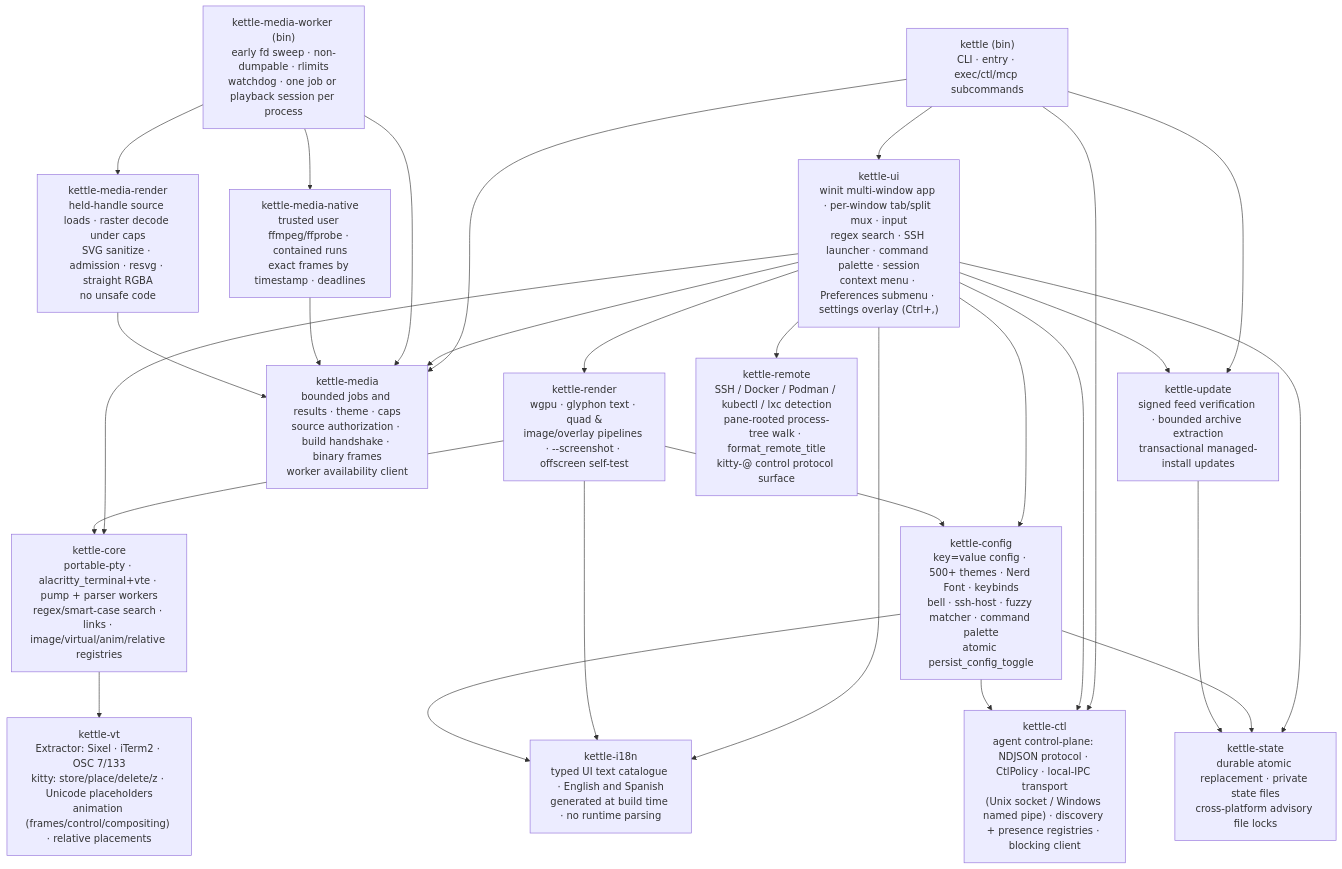
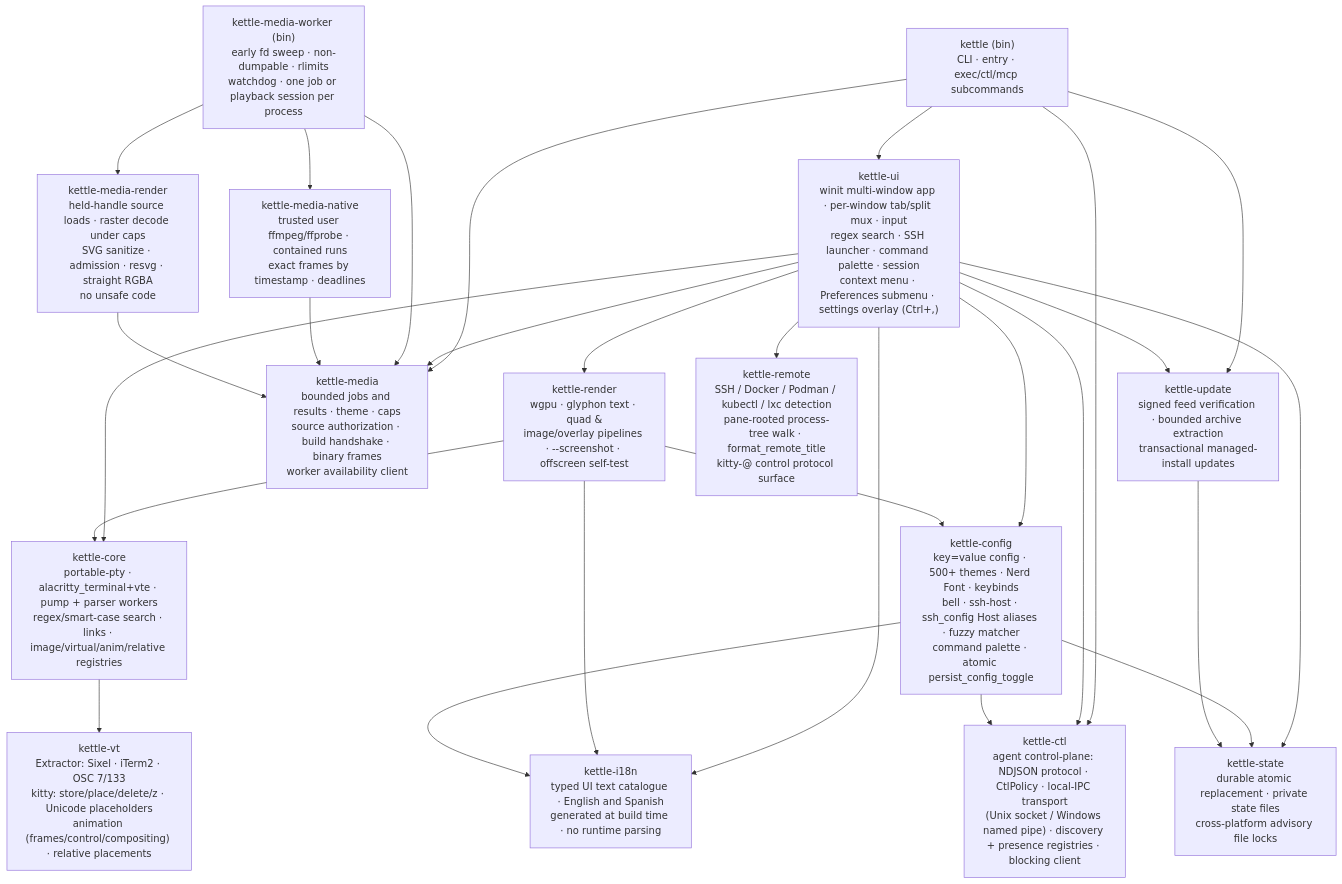
One commit to Reddimus/kettle changed the first of 11 diagrams in docs/ARCHITECTURE.md. Above: the diagram before and after it, drawn with Mermaid. The commit also changed other lines of this file and 4 other files, not shown here.

First line of the commit message:
docs: Describe the ~/.ssh/config import in the SSH launcher

````diff
--- a/docs/ARCHITECTURE.md
+++ b/docs/ARCHITECTURE.md
@@ -10,35 +10,35 @@
 ```mermaid
 graph TD
     bin["kettle (bin)<br/>CLI · entry · exec/ctl/mcp subcommands"] --> ui
     bin --> ctl
     bin --> update
     bin --> media
     ui["kettle-ui<br/>winit multi-window app · per-window tab/split mux · input<br/>regex search · SSH launcher · command palette · session<br/>context menu · Preferences submenu · settings overlay (Ctrl+,)"] --> render
     ui --> core
     ui --> cfg
     ui --> remote
     ui --> ctl
     ui --> state
     ui --> update
     ui --> i18n
     ui --> media
     i18n["kettle-i18n<br/>typed UI text catalogue · English and Spanish<br/>generated at build time · no runtime parsing"]
     ctl["kettle-ctl<br/>agent control-plane: NDJSON protocol · CtlPolicy · local-IPC transport<br/>(Unix socket / Windows named pipe) · discovery + presence registries · blocking client"]
     render["kettle-render<br/>wgpu · glyphon text · quad &<br/>image/overlay pipelines · --screenshot · offscreen self-test"] --> core
     render --> cfg
     render --> i18n
     core["kettle-core<br/>portable-pty · alacritty_terminal+vte · pump + parser workers<br/>regex/smart-case search · links · image/virtual/anim/relative registries"] --> vt
     cfg --> i18n
     cfg --> ctl
-    cfg["kettle-config<br/>key=value config · 500+ themes · Nerd Font · keybinds<br/>bell · ssh-host · fuzzy matcher · command palette<br/>atomic persist_config_toggle"] --> state
+    cfg["kettle-config<br/>key=value config · 500+ themes · Nerd Font · keybinds<br/>bell · ssh-host · ssh_config Host aliases · fuzzy matcher<br/>command palette · atomic persist_config_toggle"] --> state
     vt["kettle-vt<br/>Extractor: Sixel · iTerm2 · OSC 7/133<br/>kitty: store/place/delete/z · Unicode placeholders<br/>animation (frames/control/compositing) · relative placements"]
     remote["kettle-remote<br/>SSH / Docker / Podman / kubectl / lxc detection<br/>pane-rooted process-tree walk · format_remote_title<br/>kitty-@ control protocol surface"]
     update["kettle-update<br/>signed feed verification · bounded archive extraction<br/>transactional managed-install updates"] --> state
     state["kettle-state<br/>durable atomic replacement · private state files<br/>cross-platform advisory file locks"]
     media["kettle-media<br/>bounded jobs and results · theme · caps<br/>source authorization · build handshake · binary frames<br/>worker availability client"]
     worker["kettle-media-worker (bin)<br/>early fd sweep · non-dumpable · rlimits<br/>watchdog · one job or playback session per process"] --> media
     worker --> mrender
     worker --> mnative
     mnative["kettle-media-native<br/>trusted user ffmpeg/ffprobe · contained runs<br/>exact frames by timestamp · deadlines"] --> media
     mrender["kettle-media-render<br/>held-handle source loads · raster decode under caps<br/>SVG sanitize · admission · resvg · straight RGBA<br/>no unsafe code"] --> media
 ```
````
